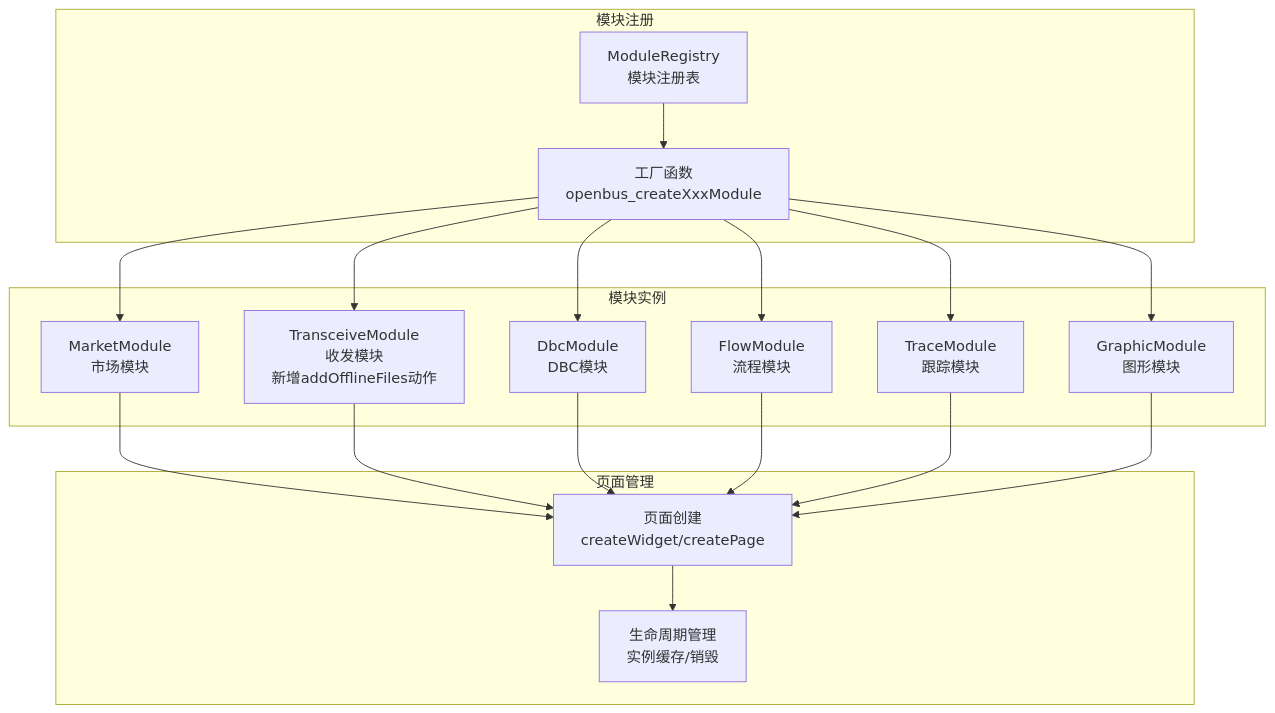
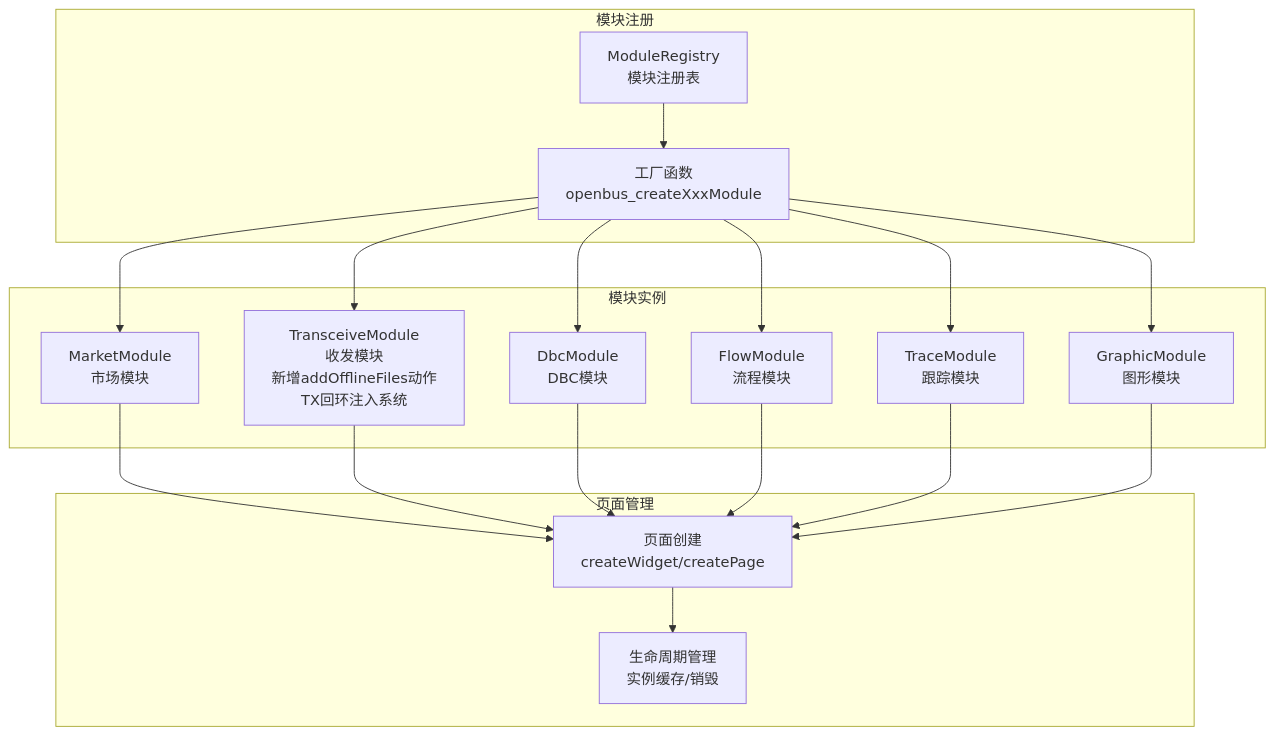
Diagram 13 of 51 in .qoder/repowiki/zh/content/架构设计/UI系统设计/UI系统设计.md (jakecai1225-design/OpenBus), drawn with Mermaid before and after one commit. The commit also changed other lines of this file and 16 other files, not shown here.

Commit message:
新增信号发生器 flow 拖拽文件

````diff
--- a/.qoder/repowiki/zh/content/架构设计/UI系统设计/UI系统设计.md
+++ b/.qoder/repowiki/zh/content/架构设计/UI系统设计/UI系统设计.md
@@ -1140,33 +1155,33 @@
 ```mermaid
 graph TB
 subgraph "模块注册"
 MR["ModuleRegistry<br/>模块注册表"]
 MF["工厂函数<br/>openbus_createXxxModule"]
 end
 subgraph "模块实例"
 MM["MarketModule<br/>市场模块"]
-TM["TransceiveModule<br/>收发模块<br/>新增addOfflineFiles动作"]
+TM["TransceiveModule<br/>收发模块<br/>新增addOfflineFiles动作<br/>TX回环注入系统"]
 DM["DbcModule<br/>DBC模块"]
 FM["FlowModule<br/>流程模块"]
 TRM["TraceModule<br/>跟踪模块"]
 GM["GraphicModule<br/>图形模块"]
 end
 subgraph "页面管理"
 PW["页面创建<br/>createWidget/createPage"]
 LC["生命周期管理<br/>实例缓存/销毁"]
 end
 MR --> MF
 MF --> MM
 MF --> TM
 MF --> DM
 MF --> FM
 MF --> TRM
 MF --> GM
 MM --> PW
 TM --> PW
 DM --> PW
 FM --> PW
 TRM --> PW
 GM --> PW
 PW --> LC
 ```
````
